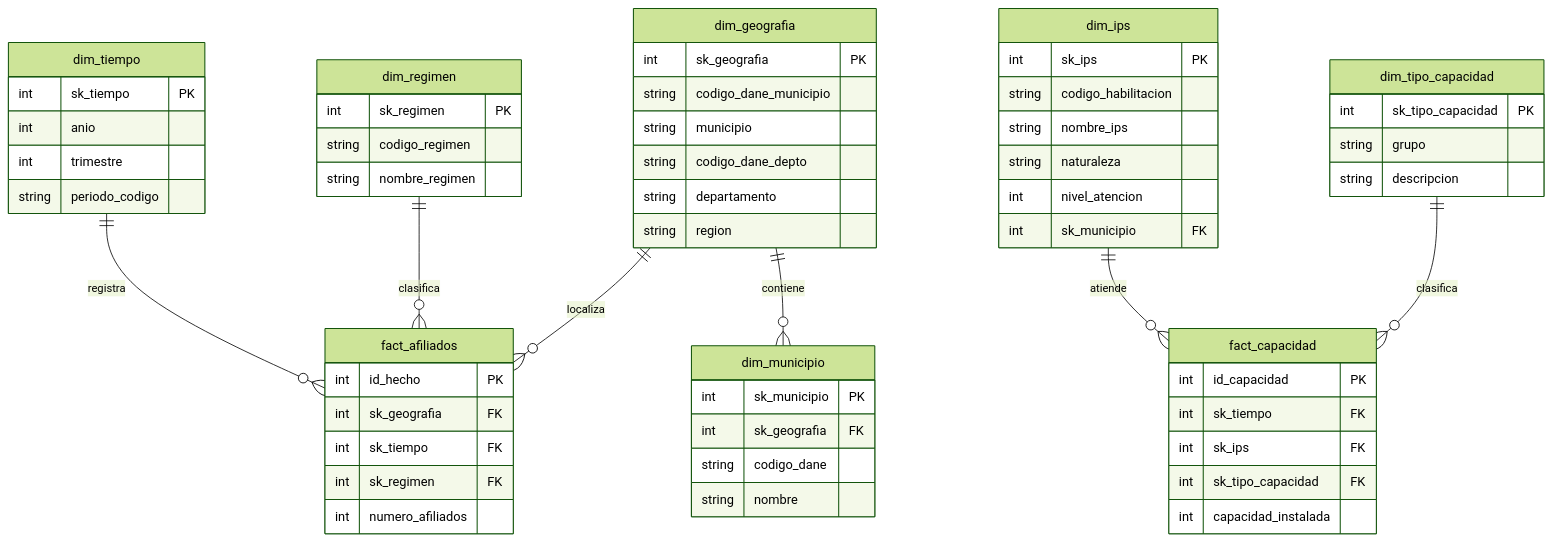
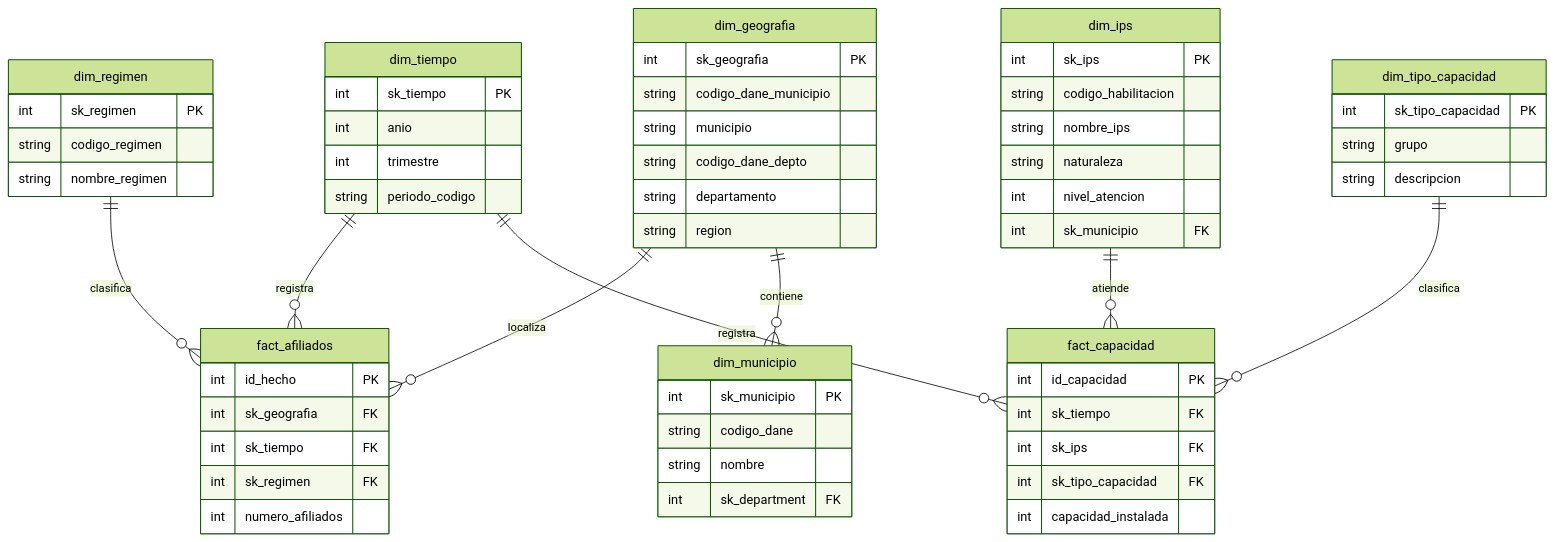
Before and after one commit to driosoft-pro/etl-2026-2-ods3-salud: the diagram in README.md, drawn with Mermaid (forest theme). The commit also changed other lines of this file and 1 other file, not shown here.

First line of the commit message:
docs: document two-fact-table rationale and temporal quarantine approach

````diff
--- a/README.md
+++ b/README.md
@@ -96,69 +127,70 @@
 ``` mermaid
 erDiagram
     dim_tiempo ||--o{ fact_afiliados : registra
     dim_regimen ||--o{ fact_afiliados : clasifica
     dim_geografia ||--o{ fact_afiliados : localiza
     dim_geografia ||--o{ dim_municipio : contiene
+    dim_tiempo ||--o{ fact_capacidad : registra
     dim_ips ||--o{ fact_capacidad : atiende
     dim_tipo_capacidad ||--o{ fact_capacidad : clasifica
 
     fact_afiliados {
         int id_hecho PK
         int sk_geografia FK
         int sk_tiempo FK
         int sk_regimen FK
         int numero_afiliados
     }
 
     fact_capacidad {
         int id_capacidad PK
         int sk_tiempo FK
         int sk_ips FK
         int sk_tipo_capacidad FK
         int capacidad_instalada
     }
 
     dim_tiempo {
         int sk_tiempo PK
         int anio
         int trimestre
         string periodo_codigo
     }
 
     dim_geografia {
         int sk_geografia PK
         string codigo_dane_municipio
         string municipio
         string codigo_dane_depto
         string departamento
         string region
     }
 
     dim_municipio {
         int sk_municipio PK
-        int sk_geografia FK
         string codigo_dane
         string nombre
+        int sk_department FK
     }
 
     dim_regimen {
         int sk_regimen PK
         string codigo_regimen
         string nombre_regimen
     }
 
     dim_ips {
         int sk_ips PK
         string codigo_habilitacion
         string nombre_ips
         string naturaleza
         int nivel_atencion
         int sk_municipio FK
     }
 
     dim_tipo_capacidad {
         int sk_tipo_capacidad PK
         string grupo
         string descripcion
     }
 ```
````
